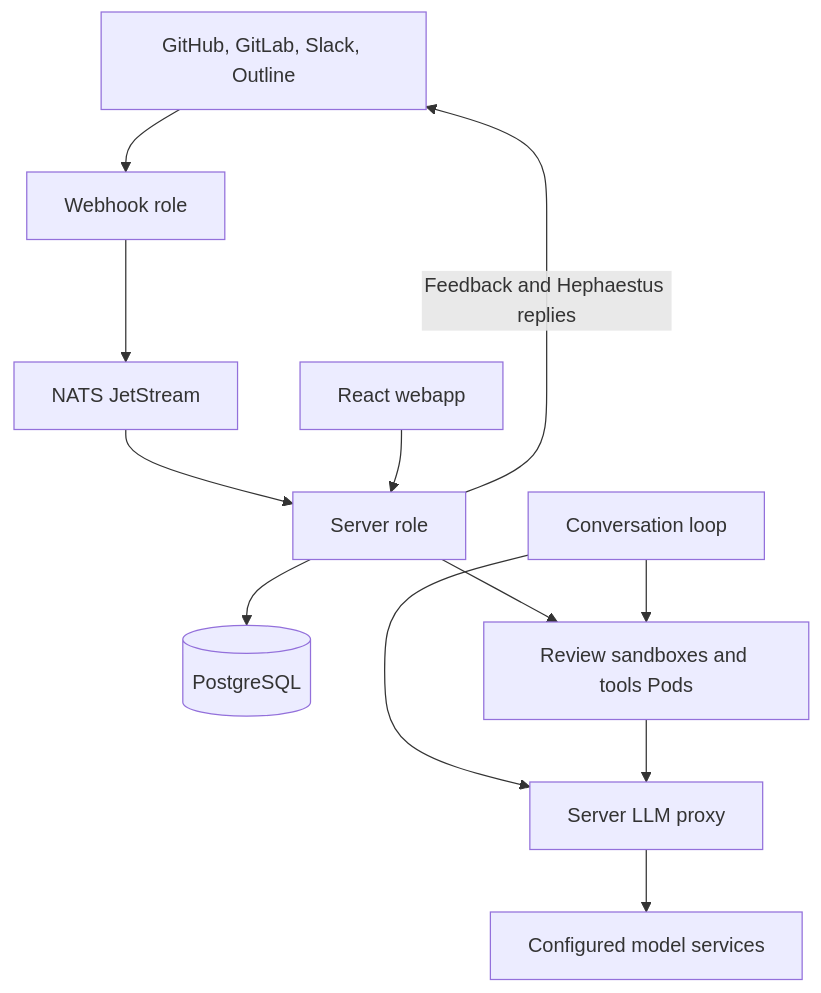
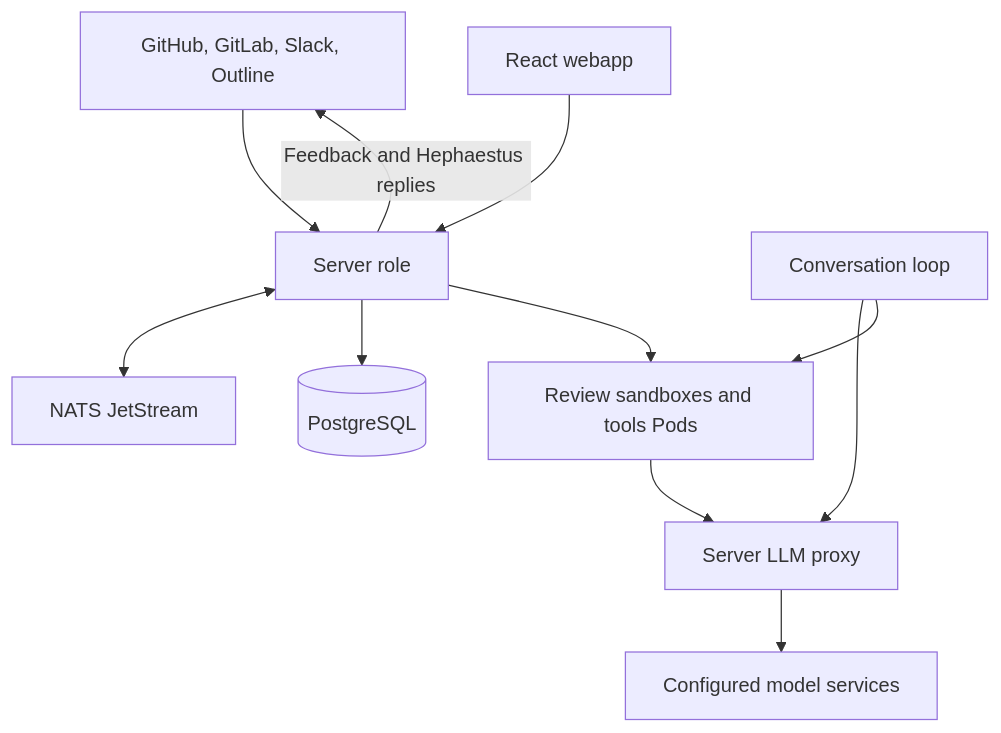
Before and after one commit to hephaestus-build/Hephaestus: the first of 3 diagrams in docs/contributor/system-design.mdx, drawn with Mermaid. The commit also changed other lines of this file and 146 other files, not shown here.

Commit message:
feat(server): the server receives provider webhooks, and the webhook role is gone

````diff
--- a/docs/contributor/system-design.mdx
+++ b/docs/contributor/system-design.mdx
@@ -10,16 +10,15 @@
 ```mermaid
 flowchart TB
     accTitle: Hephaestus runtime topology
-    accDescr: The webapp calls the server. The webhook role verifies provider events and publishes them to NATS. The server consumes events and writes jobs and conversation turns to PostgreSQL. With sandboxes enabled, the server claims them from PostgreSQL and runs reviews in sandboxes. The conversation loop pulls conversation turns from the servers and runs their tools in tools Pods.
-    Providers[GitHub, GitLab, Slack, Outline] --> Webhook[Webhook role]
-    Webhook --> NATS[NATS JetStream]
-    NATS --> Server[Server role]
+    accDescr: The webapp calls the server. The server's receiver verifies provider events and publishes them to NATS. The server consumes events and writes jobs and conversation turns to PostgreSQL. With sandboxes enabled, the server claims them from PostgreSQL and runs reviews in sandboxes. The conversation loop pulls conversation turns from the servers and runs their tools in tools Pods.
+    Providers[GitHub, GitLab, Slack, Outline] --> Server[Server role]
+    Server <--> NATS[NATS JetStream]
     SPA[React webapp] --> Server
     Server --> DB[(PostgreSQL)]
     Server --> Sandbox[Review sandboxes and tools Pods]
     Loop[Conversation loop] --> Proxy
     Loop --> Sandbox
     Sandbox --> Proxy[Server LLM proxy]
     Proxy --> Models[Configured model services]
     Server -->|Feedback and Hephaestus replies| Providers
 ```
````
